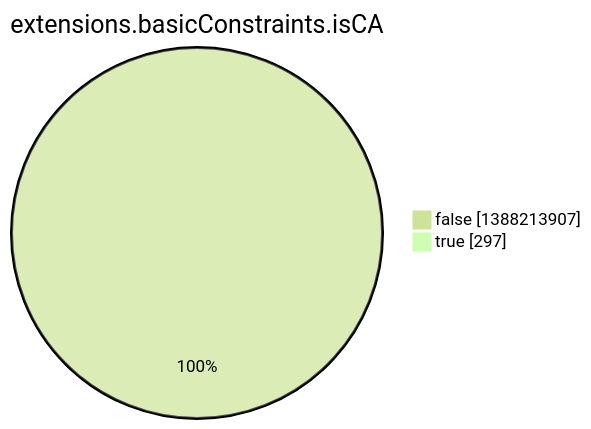
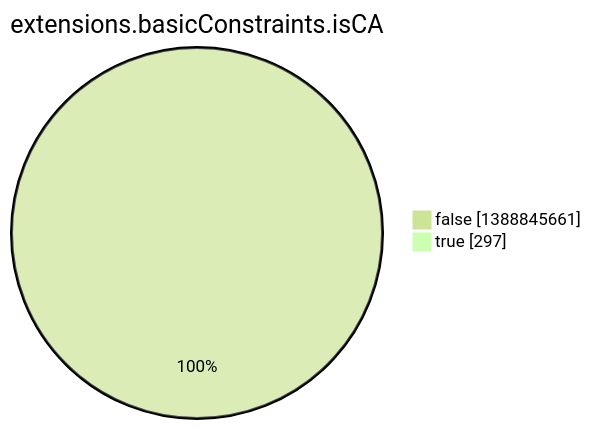
One commit to christiankrug/ctmonitor_visualization changed the eighth of 15 diagrams in argon2022/README.md. Above: the diagram before and after it, drawn with Mermaid (forest theme). The commit also changed other lines of this file, not shown here.

````diff
--- a/argon2022/README.md
+++ b/argon2022/README.md
@@ -2759,6 +2759,6 @@
 ```mermaid
 pie showData
 title extensions.basicConstraints.isCA
-"false" :1388213907
+"false" :1388845661
 "true" :297
 ```
````
